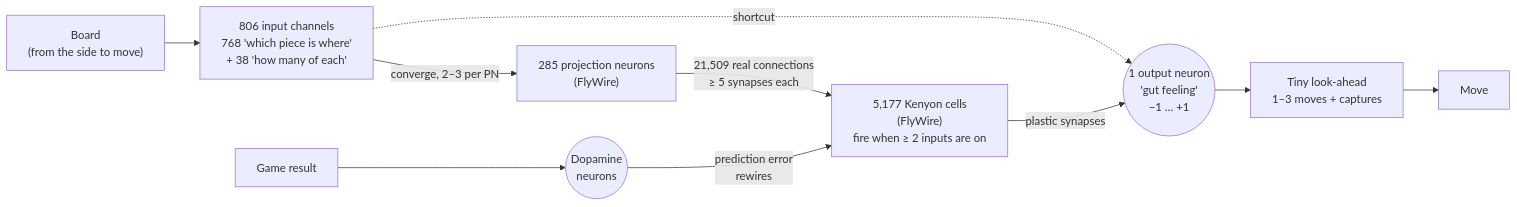
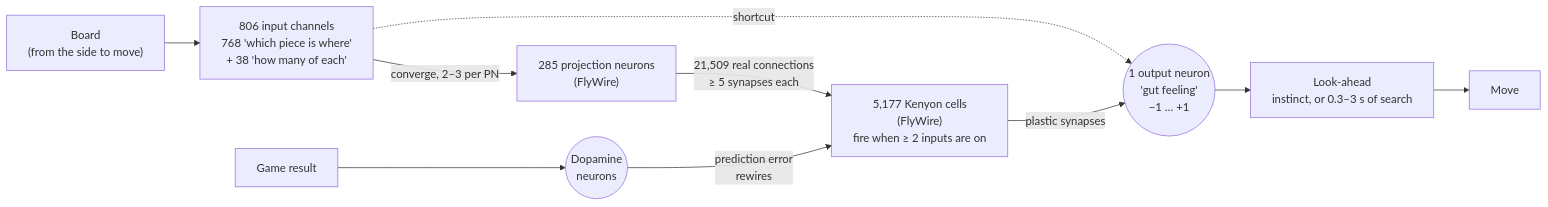
Before and after one commit to gexhaw/chessfly: the diagram in README.md, drawn with Mermaid. The commit also changed other lines of this file and 20 other files, not shown here.

````diff
--- a/README.md
+++ b/README.md
@@ -34,11 +40,11 @@
 ```mermaid
 flowchart LR
   B["Board<br/>(from the side to move)"] --> CH["806 input channels<br/>768 'which piece is where'<br/>+ 38 'how many of each'"]
   CH -- "converge, 2–3 per PN" --> PN["285 projection neurons<br/>(FlyWire)"]
   PN -- "21,509 real connections<br/>≥ 5 synapses each" --> KC["5,177 Kenyon cells<br/>(FlyWire)<br/>fire when ≥ 2 inputs are on"]
   KC -- "plastic synapses" --> MBON(("1 output neuron<br/>'gut feeling'<br/>−1 … +1"))
   CH -. "shortcut" .-> MBON
-  MBON --> S["Tiny look-ahead<br/>1–3 moves + captures"] --> M["Move"]
+  MBON --> S["Look-ahead<br/>instinct, or 0.3–3 s of search"] --> M["Move"]
   R["Game result"] --> DAN(("Dopamine<br/>neurons"))
   DAN -- "prediction error<br/>rewires" --> KC
 ```
````
